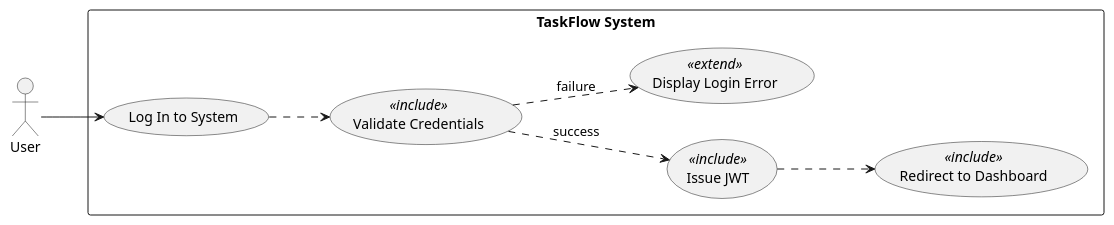
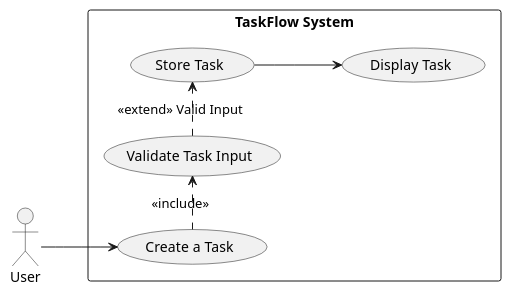
Before and after one commit to Chaman532003/framework: the second of 8 diagrams in artifacts/spec/spec.md, drawn with PlantUML. The commit also changed other lines of this file, not shown here.

````diff
--- a/artifacts/spec/spec.md
+++ b/artifacts/spec/spec.md
@@ -280,23 +321,20 @@
 ```plantuml
 @startuml
 left to right direction
 skinparam packageStyle rectangle
 
 actor User
 
 rectangle "TaskFlow System" {
-  usecase (Log In to System) as UC2_1
-  usecase (Validate Credentials) as UC2_2 <<include>>
-  usecase (Issue JWT) as UC2_3 <<include>>
-  usecase (Redirect to Dashboard) as UC2_4 <<include>>
-  usecase (Display Login Error) as UC2_5 <<extend>>
+  usecase (Create a Task) as UC3
+  usecase (Validate Task Input) as UC3a
+  usecase (Store Task) as UC3b
+  usecase (Display Task) as UC3c
 }
 
-User --> UC2_1
-UC2_1 ..> UC2_2
-UC2_2 ..> UC2_3 : success
-UC2_2 ..> UC2_5 : failure
-UC2_3 ..> UC2_4
-
+User --> UC3
+UC3 .> UC3a : <<include>>
+UC3a .> UC3b : <<extend>> Valid Input
+UC3b --> UC3c
 @enduml
 ```
````
